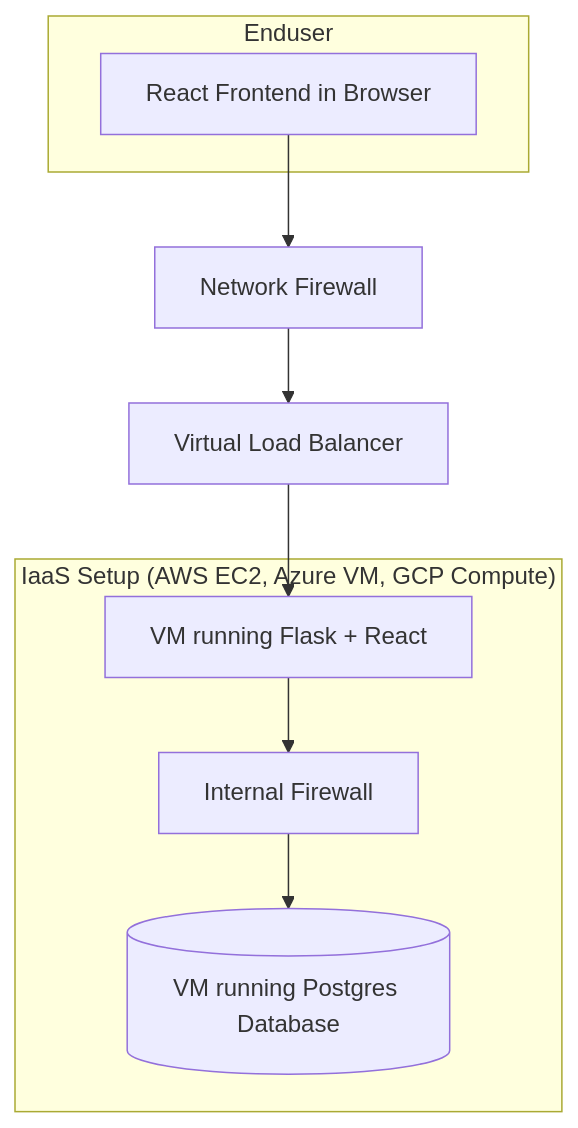
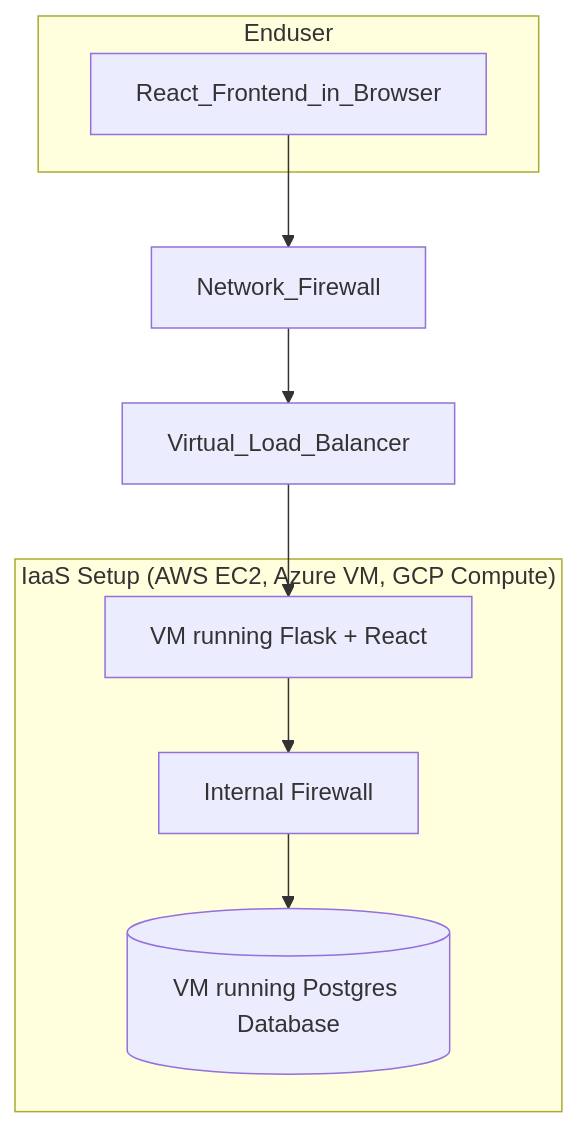
One commit to Sighopss/Algonquin-Code-Base changed the second of 3 diagrams in lab2.md. Above: the diagram before and after it, drawn with Mermaid. The commit also changed other lines of this file, not shown here.

````diff
--- a/lab2.md
+++ b/lab2.md
@@ -27,27 +27,27 @@
 ```mermaid
 
 graph TB
 
     subgraph User["Enduser"]
 
-        UI[React Frontend in Browser]
+        User_Interface[React_Frontend_in_Browser]
     end
 
-    PerimeterFW[Network Firewall]
+    Perimeter_FW[Network_Firewall]
 
-    CloudLB[Virtual Load Balancer]
+    Cloud_LB[Virtual_Load_Balancer]
 
     subgraph IaaS["IaaS Setup (AWS EC2, Azure VM, GCP Compute)"]
 
-        VM1[VM running Flask + React]
+        VM_1[VM running Flask + React]
 
-        InternalFW[Internal Firewall]
+        Internal_FW[Internal Firewall]
 
-        VM2[(VM running Postgres Database)]
+        VM_2[(VM running Postgres Database)]
 
     end
 
-    UI --> PerimeterFW --> CloudLB --> 
+    User_Interface --> Perimeter_FW --> Cloud_LB --> 
 
-    VM1 --> InternalFW --> VM2
+    VM_1 --> Internal_FW --> VM_2
 ```
````
